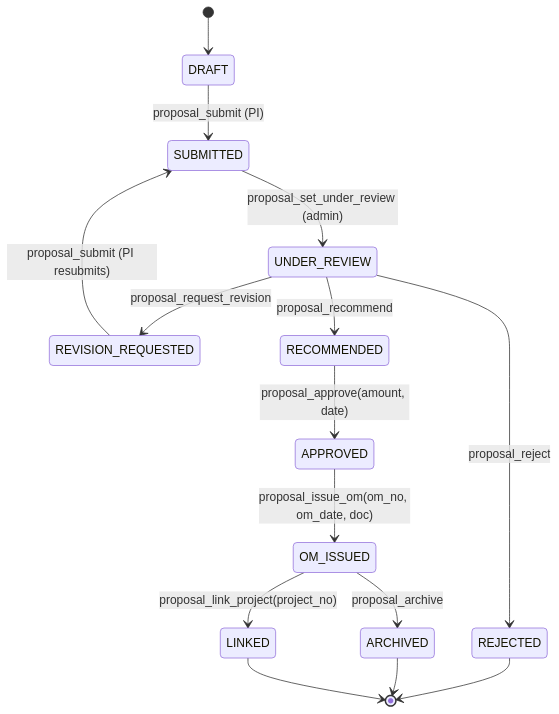
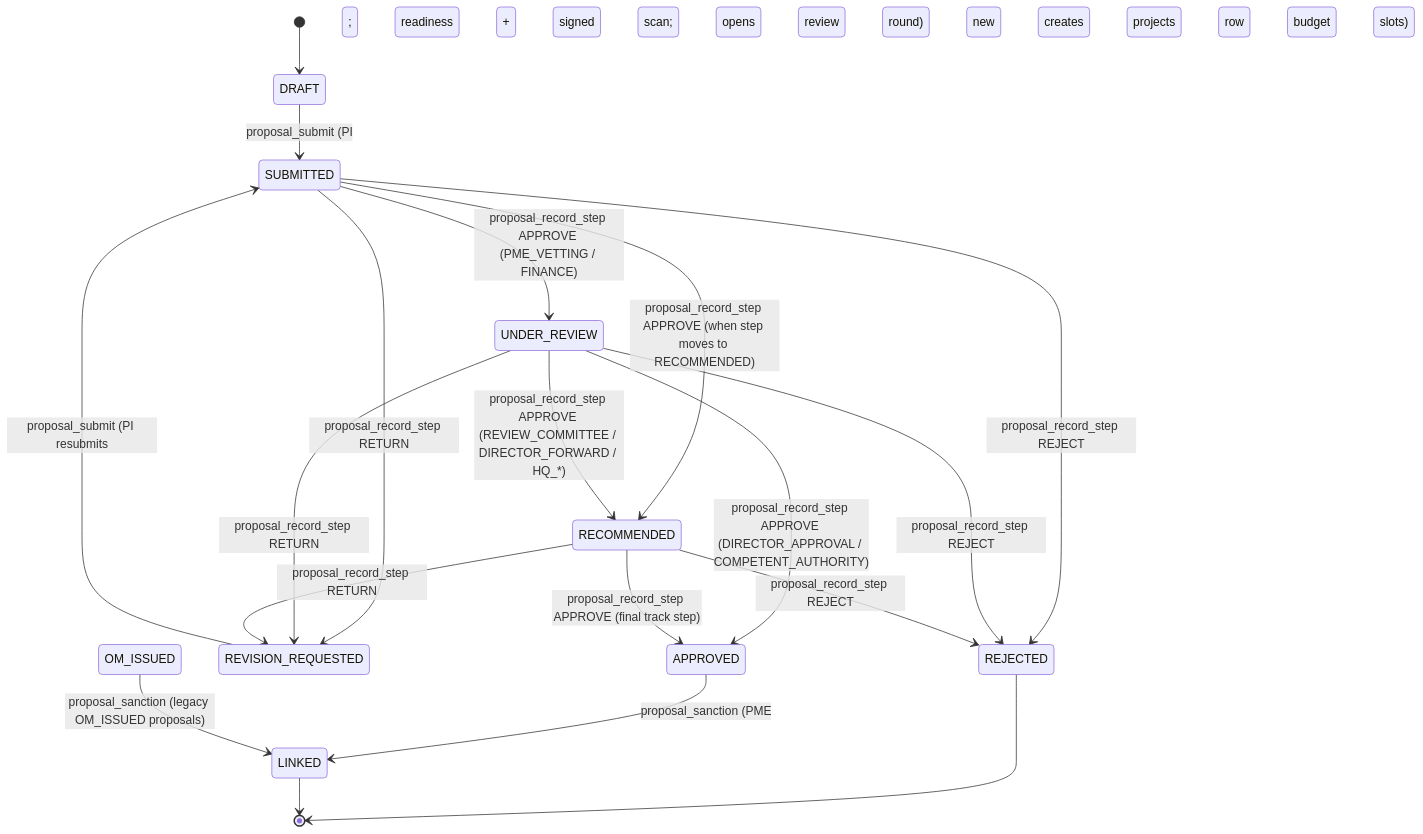
One commit to vkhare87/SuryaCSIR changed the ninth of 21 diagrams in docs/engineering/system_design.md. Above: the diagram before and after it, drawn with Mermaid. The commit also changed other lines of this file and 255 other files, not shown here.

Commit message:
feat(roadmap): complete Stages 0-7 implementation and verification

````diff
--- a/docs/engineering/system_design.md
+++ b/docs/engineering/system_design.md
@@ -285,17 +285,21 @@
 ```mermaid
 stateDiagram-v2
   [*] --> DRAFT
-  DRAFT --> SUBMITTED: proposal_submit (PI)
-  SUBMITTED --> UNDER_REVIEW: proposal_set_under_review (admin)
-  UNDER_REVIEW --> REVISION_REQUESTED: proposal_request_revision
-  UNDER_REVIEW --> REJECTED: proposal_reject
-  UNDER_REVIEW --> RECOMMENDED: proposal_recommend
-  REVISION_REQUESTED --> SUBMITTED: proposal_submit (PI resubmits)
-  RECOMMENDED --> APPROVED: proposal_approve(amount, date)
-  APPROVED --> OM_ISSUED: proposal_issue_om(om_no, om_date, doc)
-  OM_ISSUED --> LINKED: proposal_link_project(project_no)
-  OM_ISSUED --> ARCHIVED: proposal_archive
+  DRAFT --> SUBMITTED: proposal_submit (PI; readiness + signed scan; opens review round)
+  SUBMITTED --> UNDER_REVIEW: proposal_record_step APPROVE (PME_VETTING / FINANCE)
+  SUBMITTED --> RECOMMENDED: proposal_record_step APPROVE (when step moves to RECOMMENDED)
+  UNDER_REVIEW --> RECOMMENDED: proposal_record_step APPROVE (REVIEW_COMMITTEE / DIRECTOR_FORWARD / HQ_*)
+  UNDER_REVIEW --> APPROVED: proposal_record_step APPROVE (DIRECTOR_APPROVAL / COMPETENT_AUTHORITY)
+  RECOMMENDED --> APPROVED: proposal_record_step APPROVE (final track step)
+  SUBMITTED --> REVISION_REQUESTED: proposal_record_step RETURN
+  UNDER_REVIEW --> REVISION_REQUESTED: proposal_record_step RETURN
+  RECOMMENDED --> REVISION_REQUESTED: proposal_record_step RETURN
+  REVISION_REQUESTED --> SUBMITTED: proposal_submit (PI resubmits; opens new round)
+  SUBMITTED --> REJECTED: proposal_record_step REJECT
+  UNDER_REVIEW --> REJECTED: proposal_record_step REJECT
+  RECOMMENDED --> REJECTED: proposal_record_step REJECT
+  APPROVED --> LINKED: proposal_sanction (PME; creates projects row + budget + slots)
+  OM_ISSUED --> LINKED: proposal_sanction (legacy OM_ISSUED proposals)
   REJECTED --> [*]
-  ARCHIVED --> [*]
   LINKED --> [*]
 ```
````
